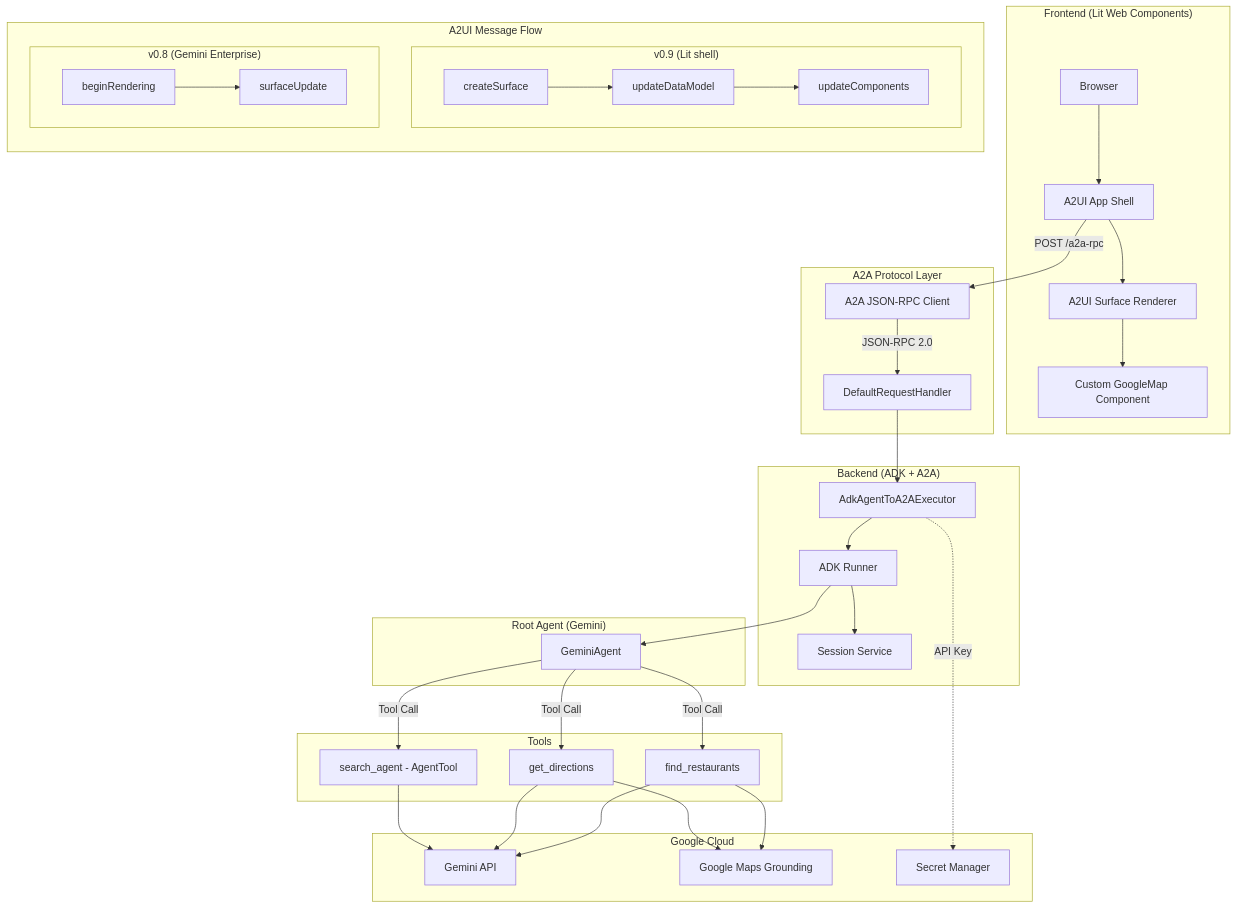
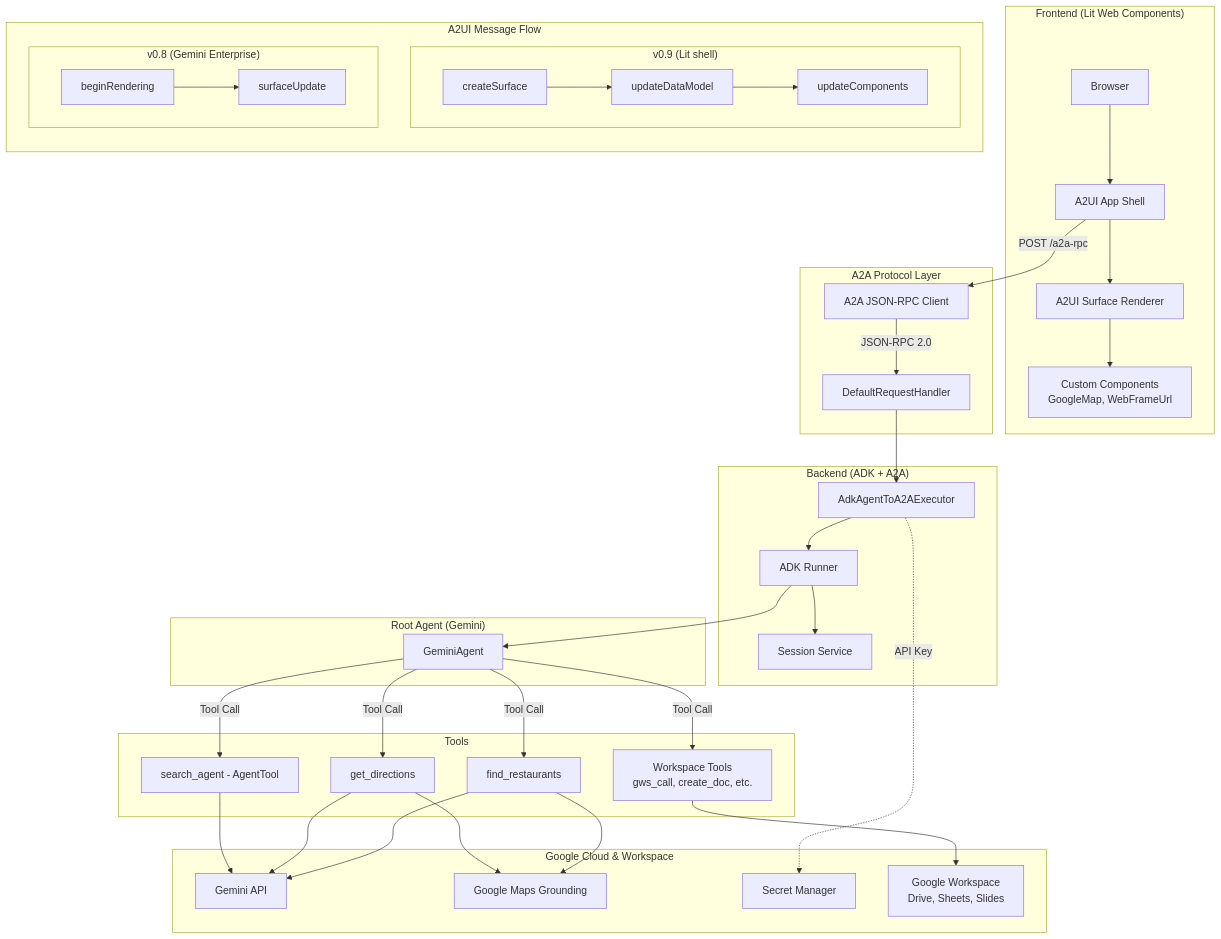
The second of 3 diagrams in README.md (wadave/agent-a2ui-demo), drawn with Mermaid before and after one commit. The commit also changed other lines of this file, not shown here.

Commit message:
chore:update mermaid diagram

````diff
--- a/README.md
+++ b/README.md
@@ -45,67 +64,72 @@
 ```mermaid
 graph TB
     subgraph "Frontend (Lit Web Components)"
         Browser[Browser]
         AppShell[A2UI App Shell]
         Surface[A2UI Surface Renderer]
-        CustomComp[Custom GoogleMap Component]
+        CustomComp[Custom Components<br/>GoogleMap, WebFrameUrl]
         Browser --> AppShell
         AppShell --> Surface
         Surface --> CustomComp
     end
 
     subgraph "A2A Protocol Layer"
         Client[A2A JSON-RPC Client]
         Handler[DefaultRequestHandler]
         AppShell -->|"POST /a2a-rpc"| Client
         Client -->|"JSON-RPC 2.0"| Handler
     end
 
     subgraph "Backend (ADK + A2A)"
         Executor[AdkAgentToA2AExecutor]
         Runner[ADK Runner]
         Session[Session Service]
         Handler --> Executor
         Executor --> Runner
         Runner --> Session
     end
 
     subgraph "Root Agent (Gemini)"
         Agent[GeminiAgent]
         Runner --> Agent
     end
 
     subgraph "Tools"
         FindRest[find_restaurants]
         GetDir[get_directions]
         SearchAgent[search_agent - AgentTool]
+        WorkspaceTools[Workspace Tools<br/>gws_call, create_doc, etc.]
         Agent -->|"Tool Call"| FindRest
         Agent -->|"Tool Call"| GetDir
         Agent -->|"Tool Call"| SearchAgent
+        Agent -->|"Tool Call"| WorkspaceTools
     end
 
-    subgraph "Google Cloud"
+    subgraph "Google Cloud & Workspace"
         GeminiAPI[Gemini API]
         MapsGround[Google Maps Grounding]
         SecretMgr[Secret Manager]
+        GWS[Google Workspace<br/>Drive, Sheets, Slides]
+
         FindRest --> GeminiAPI
         FindRest --> MapsGround
         GetDir --> GeminiAPI
         GetDir --> MapsGround
         SearchAgent --> GeminiAPI
+        WorkspaceTools --> GWS
         Executor -.->|"API Key"| SecretMgr
     end
 
     subgraph "A2UI Message Flow"
         direction TB
         subgraph V09["v0.9 (Lit shell)"]
             direction LR
             CS[createSurface] --> UDM[updateDataModel]
             UDM --> UC[updateComponents]
         end
         subgraph V08["v0.8 (Gemini Enterprise)"]
             direction LR
             BR[beginRendering] --> SU[surfaceUpdate]
         end
     end
 ```
````
